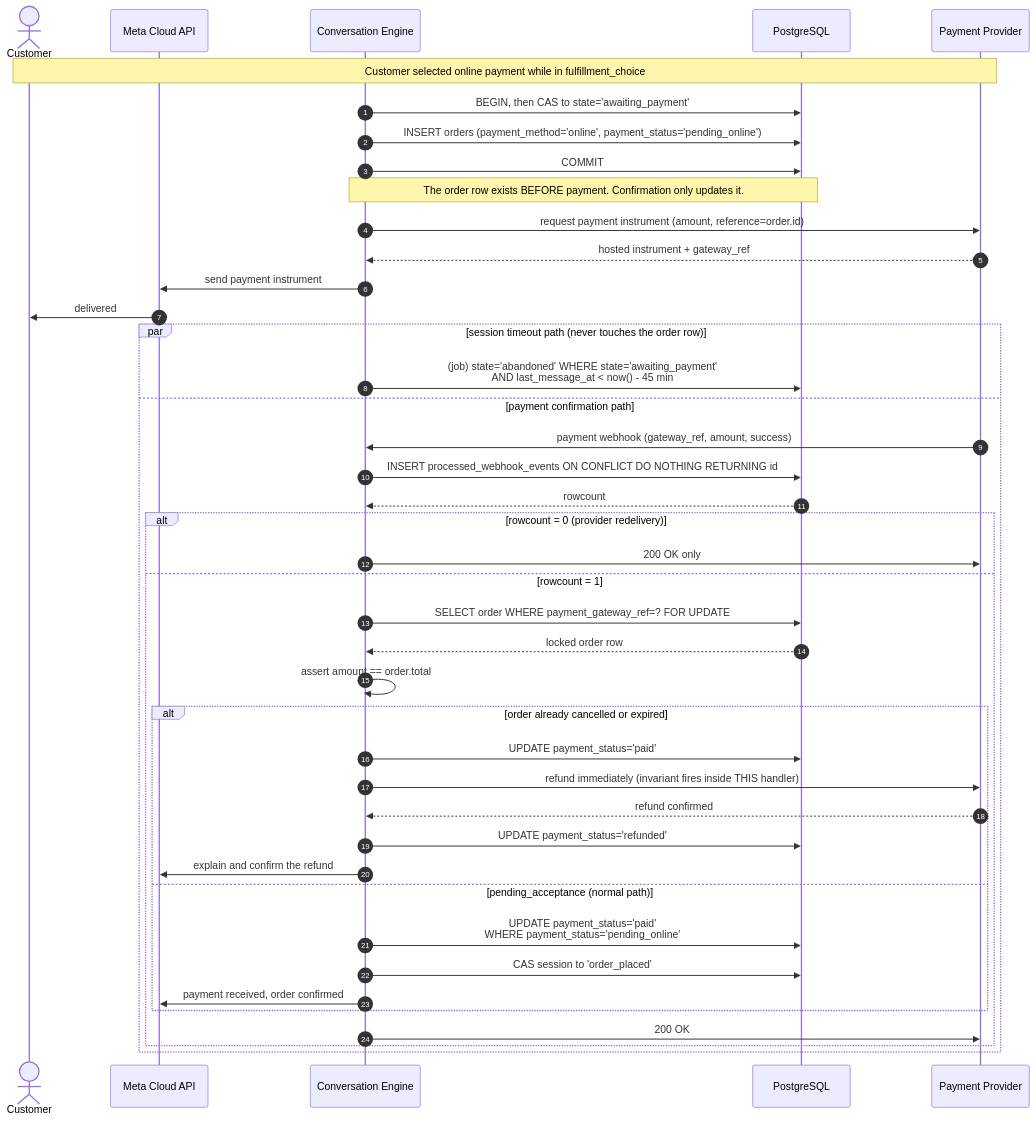
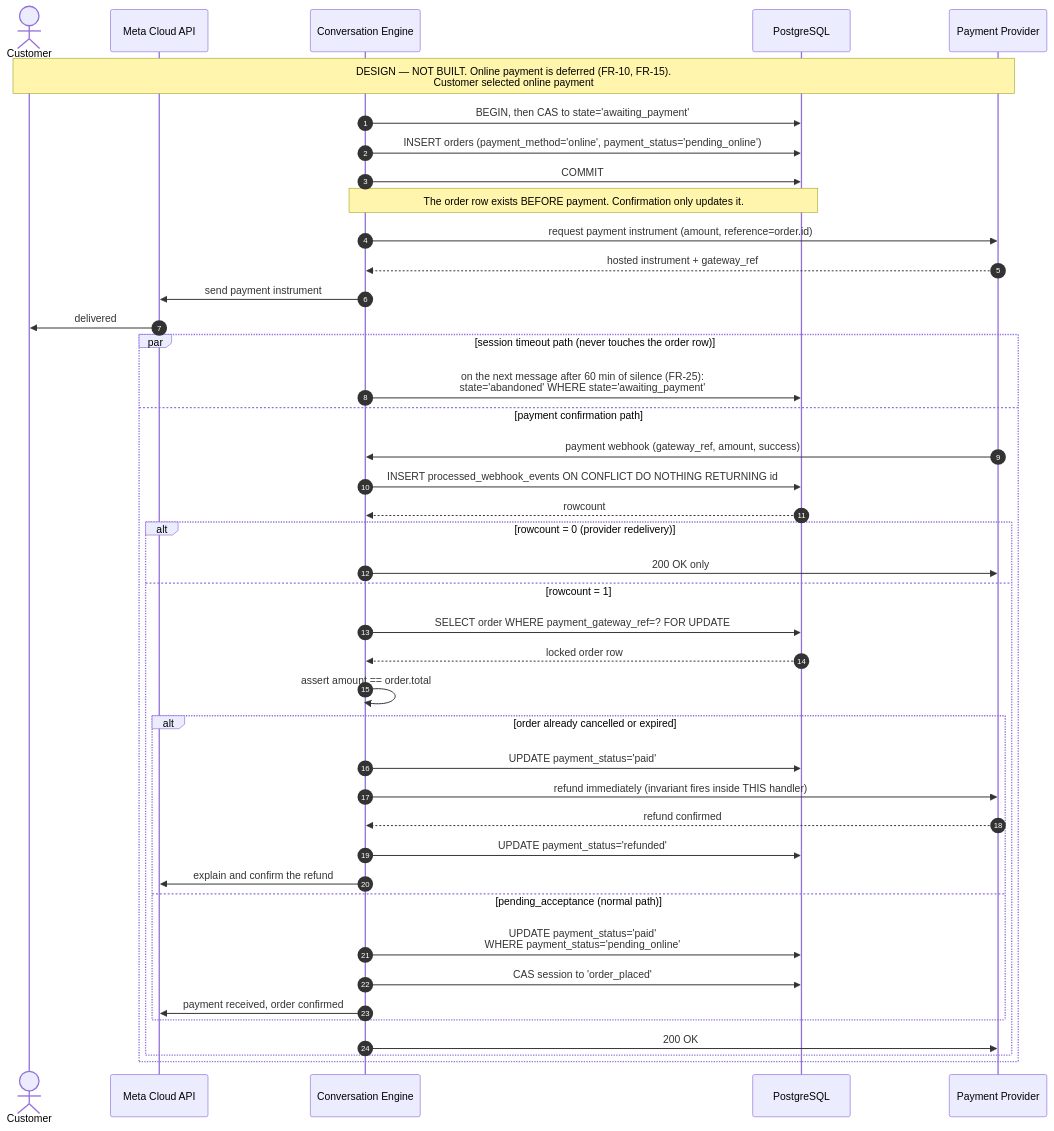
Before and after one commit to mozz-labs/sufria: the diagram in docs/diagrams/13-seq-online-payment.mmd, drawn with Mermaid. The commit also changed 36 other files, not shown here.

First line of the commit message:
docs(wip): Chapter 3 v1.2 diagrams — sources updated to the code as built

```diff
--- a/docs/diagrams/13-seq-online-payment.mmd
+++ b/docs/diagrams/13-seq-online-payment.mmd
@@ -1,42 +1,42 @@
 sequenceDiagram
     autonumber
     actor C as Customer
     participant WA as Meta Cloud API
     participant CE as Conversation Engine
     participant DB as PostgreSQL
     participant PG as Payment Provider
-    Note over C,PG: Customer selected online payment while in fulfillment_choice
+    Note over C,PG: DESIGN — NOT BUILT. Online payment is deferred (FR-10, FR-15).<br/>Customer selected online payment
     CE->>DB: BEGIN, then CAS to state='awaiting_payment'
     CE->>DB: INSERT orders (payment_method='online', payment_status='pending_online')
     CE->>DB: COMMIT
     Note over CE,DB: The order row exists BEFORE payment. Confirmation only updates it.
     CE->>PG: request payment instrument (amount, reference=order.id)
     PG-->>CE: hosted instrument + gateway_ref
     CE->>WA: send payment instrument
     WA->>C: delivered
     par session timeout path (never touches the order row)
-        CE->>DB: (job) state='abandoned' WHERE state='awaiting_payment'<br/>AND last_message_at < now() - 45 min
+        CE->>DB: on the next message after 60 min of silence (FR-25):<br/>state='abandoned' WHERE state='awaiting_payment'
     and payment confirmation path
         PG->>CE: payment webhook (gateway_ref, amount, success)
         CE->>DB: INSERT processed_webhook_events ON CONFLICT DO NOTHING RETURNING id
         DB-->>CE: rowcount
         alt rowcount = 0 (provider redelivery)
             CE->>PG: 200 OK only
         else rowcount = 1
             CE->>DB: SELECT order WHERE payment_gateway_ref=? FOR UPDATE
             DB-->>CE: locked order row
             CE->>CE: assert amount == order.total
             alt order already cancelled or expired
                 CE->>DB: UPDATE payment_status='paid'
                 CE->>PG: refund immediately (invariant fires inside THIS handler)
                 PG-->>CE: refund confirmed
                 CE->>DB: UPDATE payment_status='refunded'
                 CE->>WA: explain and confirm the refund
             else pending_acceptance (normal path)
                 CE->>DB: UPDATE payment_status='paid'<br/>WHERE payment_status='pending_online'
                 CE->>DB: CAS session to 'order_placed'
                 CE->>WA: payment received, order confirmed
             end
             CE->>PG: 200 OK
         end
     end
```
